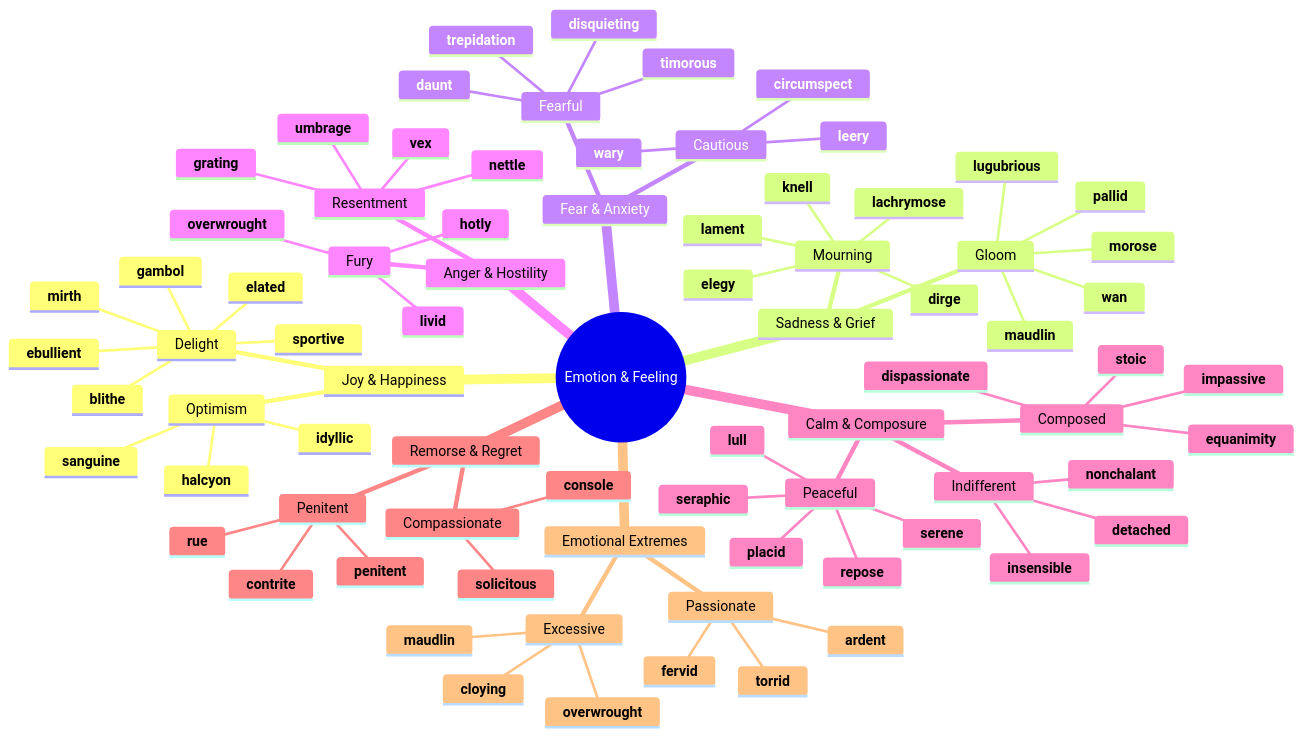
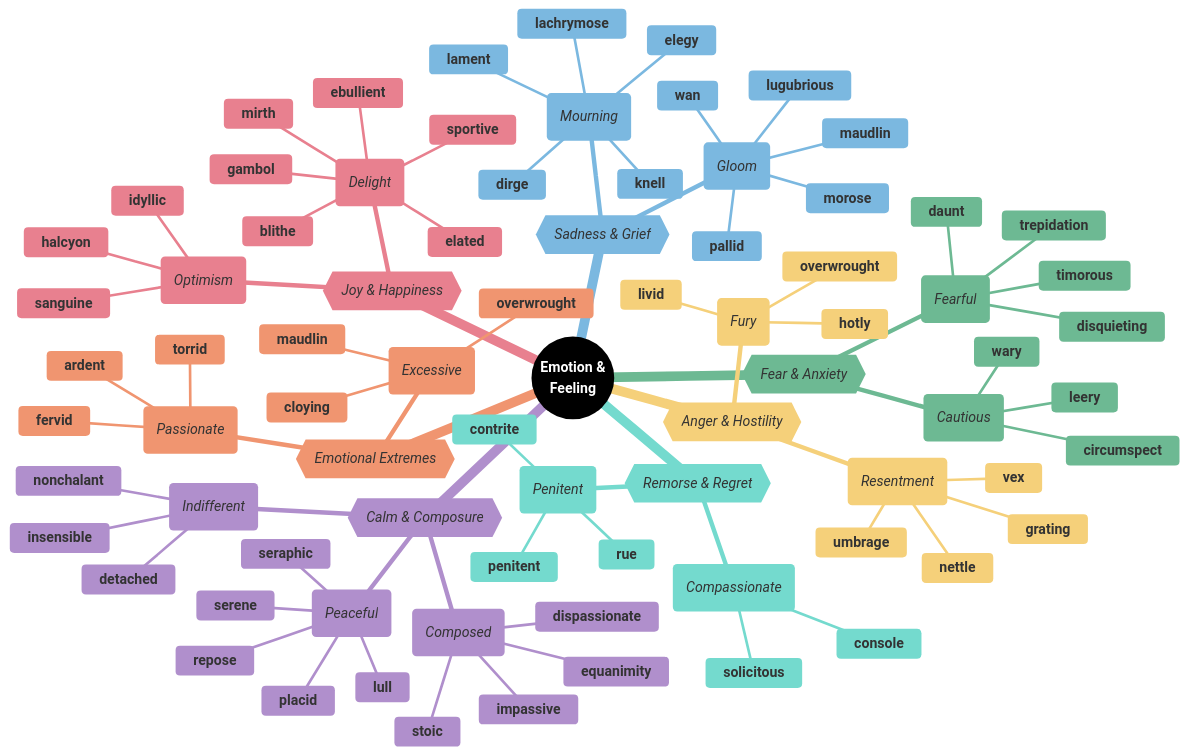
One commit to 95anantsingh/gre-preparation changed the first of 9 diagrams in mindmaps/07-emotion-and-feeling.md. Above: the diagram before and after it, drawn with Mermaid. The commit also changed other lines of this file and 14 other files, not shown here.

````diff
--- a/mindmaps/07-emotion-and-feeling.md
+++ b/mindmaps/07-emotion-and-feeling.md
@@ -5,81 +5,100 @@
 ```mermaid
+%%{
+  init: {
+    "theme": "base",
+    "themeVariables": {
+      "primaryColor": "#000000",
+      "cScale1": "#e8808f",  "cScaleInv1": "#a33445",
+      "cScale2": "#7bb8e0",  "cScaleInv2": "#266a93",
+      "cScale3": "#6db993",  "cScaleInv3": "#23543f",
+      "cScale4": "#f5d07a",  "cScaleInv4": "#c4903b",
+      "cScale5": "#b08fcc",  "cScaleInv5": "#5d3b75",
+      "cScale6": "#74dace",  "cScaleInv6": "#217d72",
+      "cScale7": "#f09570",  "cScaleInv7": "#b84112",
+      "cScale8": "#8ea8c2",  "cScaleInv8": "#32465e",
+      "cScale9": "#cc7fba",  "cScaleInv9": "#7d2868",
+      "cScale10": "#c99a78", "cScaleInv10": "#7c4e32",
+      "cScale11": "#a3a3a3", "cScaleInv11": "#3d3d3d"
+    }
+  }
+}%%
 mindmap
-  root((Emotion & Feeling))
-    Joy & Happiness
-      Delight
+  root((<font color=white>**Emotion & </br>Feeling**</font>))
+    {{_Joy & Happiness_}}
+      (_Delight_)
         **elated**
         **blithe**
         **ebullient**
         **mirth**
         **gambol**
         **sportive**
-      Optimism
+      (_Optimism_)
         **sanguine**
         **halcyon**
         **idyllic**
-    Sadness & Grief
-      Mourning
+    {{_Sadness & Grief_}}
+      (_Mourning_)
         **elegy**
         **dirge**
         **lament**
         **lachrymose**
         **knell**
-      Gloom
+      (_Gloom_)
         **morose**
         **lugubrious**
         **wan**
         **pallid**
         **maudlin**
-    Fear & Anxiety
-      Fearful
+    {{_Fear & Anxiety_}}
+      (_Fearful_)
         **daunt**
         **timorous**
         **trepidation**
         **disquieting**
-      Cautious
+      (_Cautious_)
         **wary**
         **leery**
         **circumspect**
-    Anger & Hostility
-      Fury
+    {{_Anger & Hostility_}}
+      (_Fury_)
         **livid**
         **overwrought**
         **hotly**
-      Resentment
+      (_Resentment_)
         **umbrage**
         **nettle**
         **vex**
         **grating**
-    Calm & Composure
-      Peaceful
+    {{_Calm & Composure_}}
+      (_Peaceful_)
         **placid**
         **serene**
         **seraphic**
         **lull**
         **repose**
-      Composed
+      (_Composed_)
         **equanimity**
         **impassive**
         **dispassionate**
         **stoic**
-      Indifferent
+      (_Indifferent_)
         **nonchalant**
         **detached**
         **insensible**
-    Remorse & Regret
-      Penitent
+    {{_Remorse & Regret_}}
+      (_Penitent_)
         **contrite**
         **penitent**
         **rue**
-      Compassionate
+      (_Compassionate_)
         **solicitous**
         **console**
-    Emotional Extremes
-      Passionate
+    {{_Emotional Extremes_}}
+      (_Passionate_)
         **ardent**
         **fervid**
         **torrid**
-      Excessive
+      (_Excessive_)
         **cloying**
         **overwrought**
         **maudlin**
````
